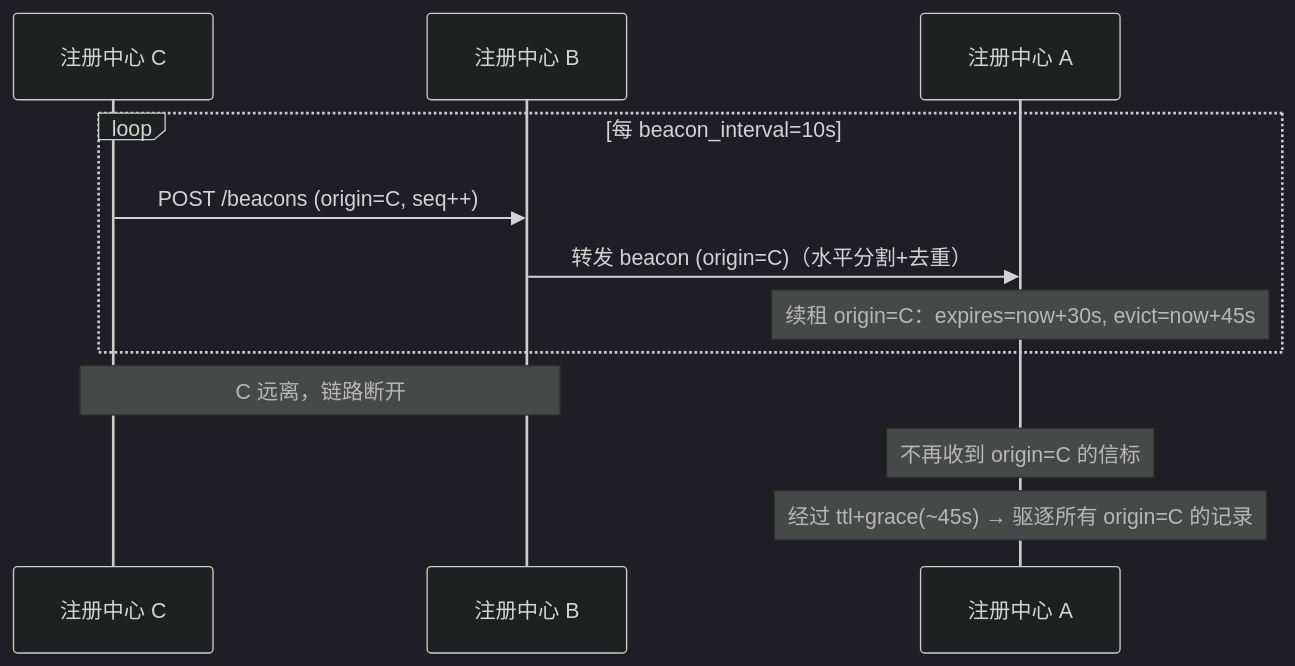
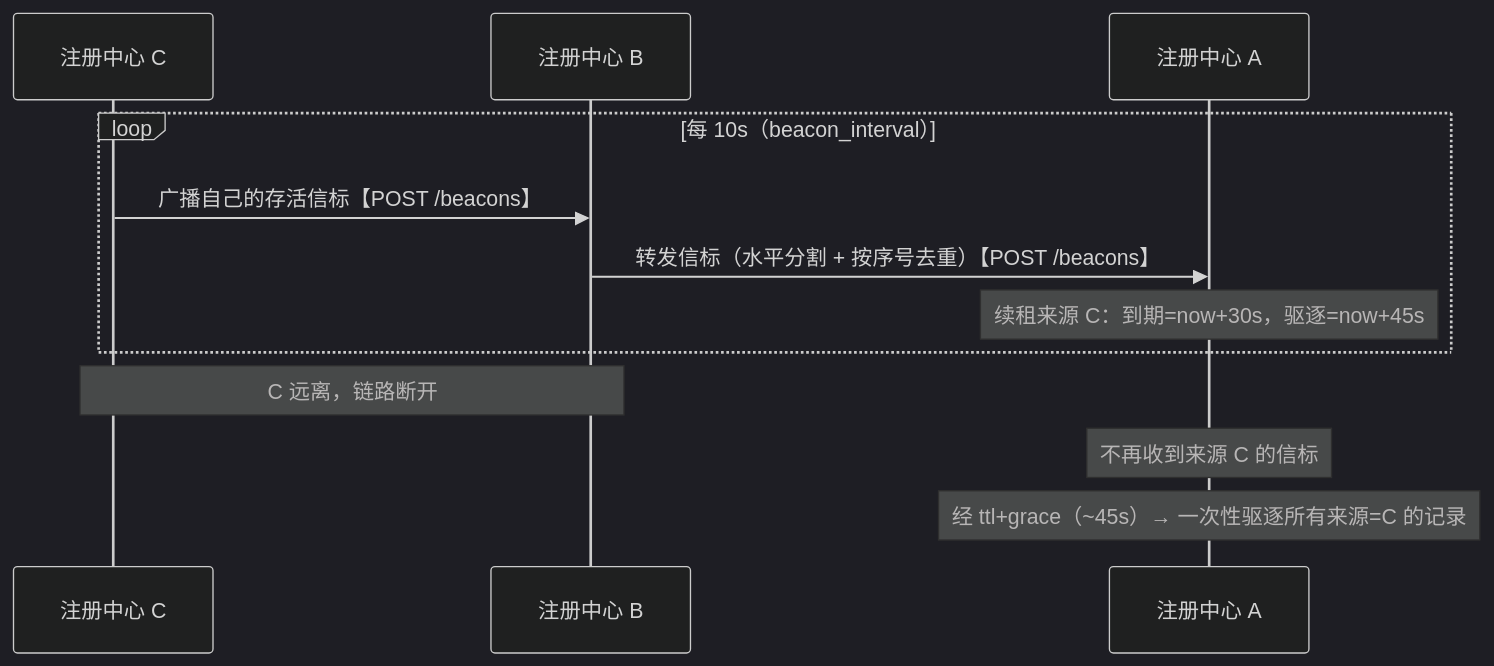
The third of 6 diagrams in docs/cluster_design.md (Weizheng96/A2X-registry), drawn with Mermaid (dark theme) before and after one commit. The commit also changed other lines of this file, not shown here.

First line of the commit message:
docs(cluster): add class diagram; action-oriented sequences; restructure interfaces

````diff
--- a/docs/cluster_design.md
+++ b/docs/cluster_design.md
@@ -105,14 +107,14 @@
 ```mermaid
 sequenceDiagram
     participant C as 注册中心 C
     participant B as 注册中心 B
     participant A as 注册中心 A
-    loop 每 beacon_interval=10s
-        C->>B: POST /beacons (origin=C, seq++)
-        B->>A: 转发 beacon (origin=C)（水平分割+去重）
-        Note over A: 续租 origin=C：expires=now+30s, evict=now+45s
+    loop 每 10s（beacon_interval）
+        C->>B: 广播自己的存活信标【POST /beacons】
+        B->>A: 转发信标（水平分割 + 按序号去重）【POST /beacons】
+        Note over A: 续租来源 C：到期=now+30s，驱逐=now+45s
     end
     Note over B,C: C 远离，链路断开
-    Note over A: 不再收到 origin=C 的信标
-    Note over A: 经过 ttl+grace(~45s) → 驱逐所有 origin=C 的记录
+    Note over A: 不再收到来源 C 的信标
+    Note over A: 经 ttl+grace（~45s）→ 一次性驱逐所有来源=C 的记录
 ```
````
